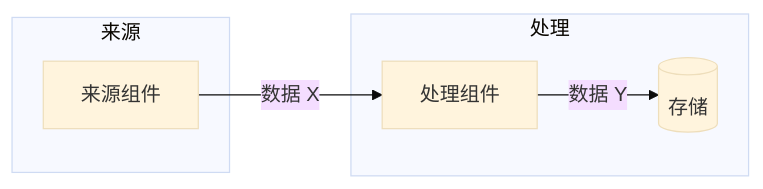
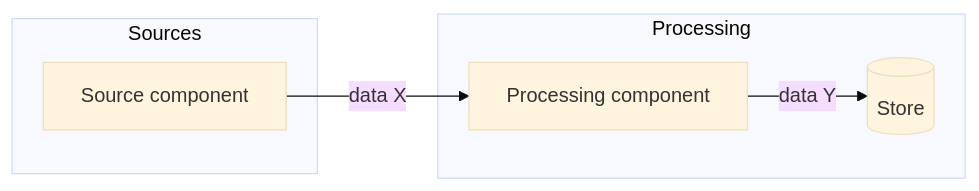
The diagram in templates/diagrams/_TEMPLATE__DATAFLOW.md (RobiNexy/agent-coldstart-scaffold), drawn with Mermaid (base theme) before and after one commit. The commit also changed other lines of this file and 35 other files, not shown here.

````diff
--- a/templates/diagrams/_TEMPLATE__DATAFLOW.md
+++ b/templates/diagrams/_TEMPLATE__DATAFLOW.md
@@ -5,12 +5,12 @@
 ```mermaid
 flowchart LR
-    subgraph SRC["来源"]
-        A["来源组件"]
+    subgraph SRC["Sources"]
+        A["Source component"]
     end
-    subgraph PROC["处理"]
-        B["处理组件"]
-        C[("存储")]
+    subgraph PROC["Processing"]
+        B["Processing component"]
+        C[("Store")]
     end
-    A -->|"数据 X"| B
-    B -->|"数据 Y"| C
+    A -->|"data X"| B
+    B -->|"data Y"| C
 ```
````
